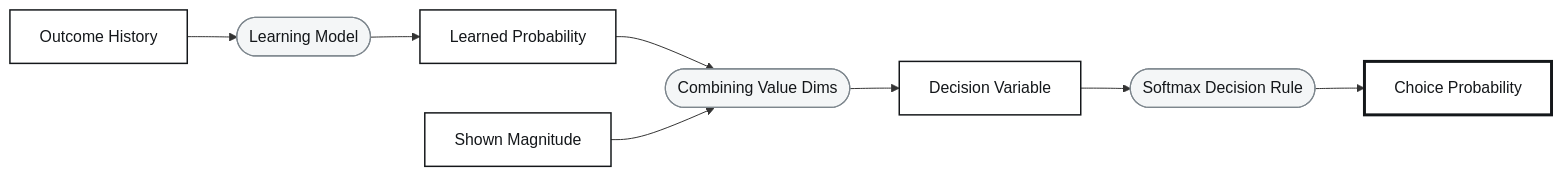
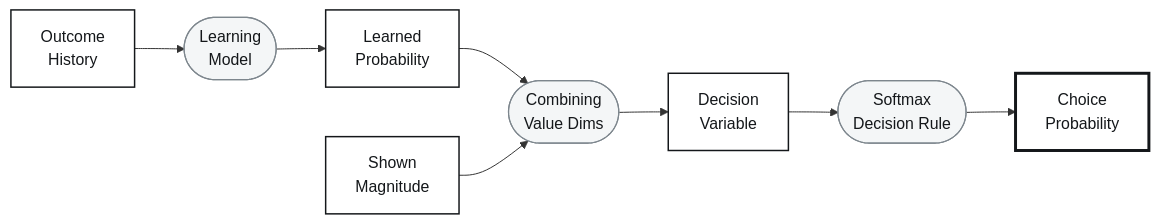
One commit to JanGrohn/ComputationalModelingBlockPractical changed the diagram in docs/session3/diagrams/pipeline.mmd. Above: the diagram before and after it, drawn with Mermaid. The commit also changed 26 other files, not shown here.

```diff
--- a/docs/session3/diagrams/pipeline.mmd
+++ b/docs/session3/diagrams/pipeline.mmd
@@ -1,15 +1,15 @@
 flowchart LR
-  OH["Outcome History"] --> LM(["Learning Model"])
-  LM --> LP["Learned Probability"]
-  LP --> CV(["Combining Value Dims"])
-  SM["Shown Magnitude"] --> CV
-  CV --> DV["Decision Variable"]
-  DV --> SX(["Softmax Decision Rule"])
-  SX --> CP["Choice Probability"]
+  OH["Outcome<br>History"] --> LM(["Learning<br>Model"])
+  LM --> LP["Learned<br>Probability"]
+  LP --> CV(["Combining<br>Value Dims"])
+  SM["Shown<br>Magnitude"] --> CV
+  CV --> DV["Decision<br>Variable"]
+  DV --> SX(["Softmax<br>Decision Rule"])
+  SX --> CP["Choice<br>Probability"]
 
   classDef state fill:#ffffff,stroke:#14171a,stroke-width:1.5px,color:#14171a;
   classDef op fill:#f4f6f7,stroke:#7d868d,stroke-width:1.2px,color:#14171a;
   classDef out fill:#ffffff,stroke:#14171a,stroke-width:3px,color:#14171a;
   class OH,LP,SM,DV state;
   class LM,CV,SX op;
   class CP out;
```
